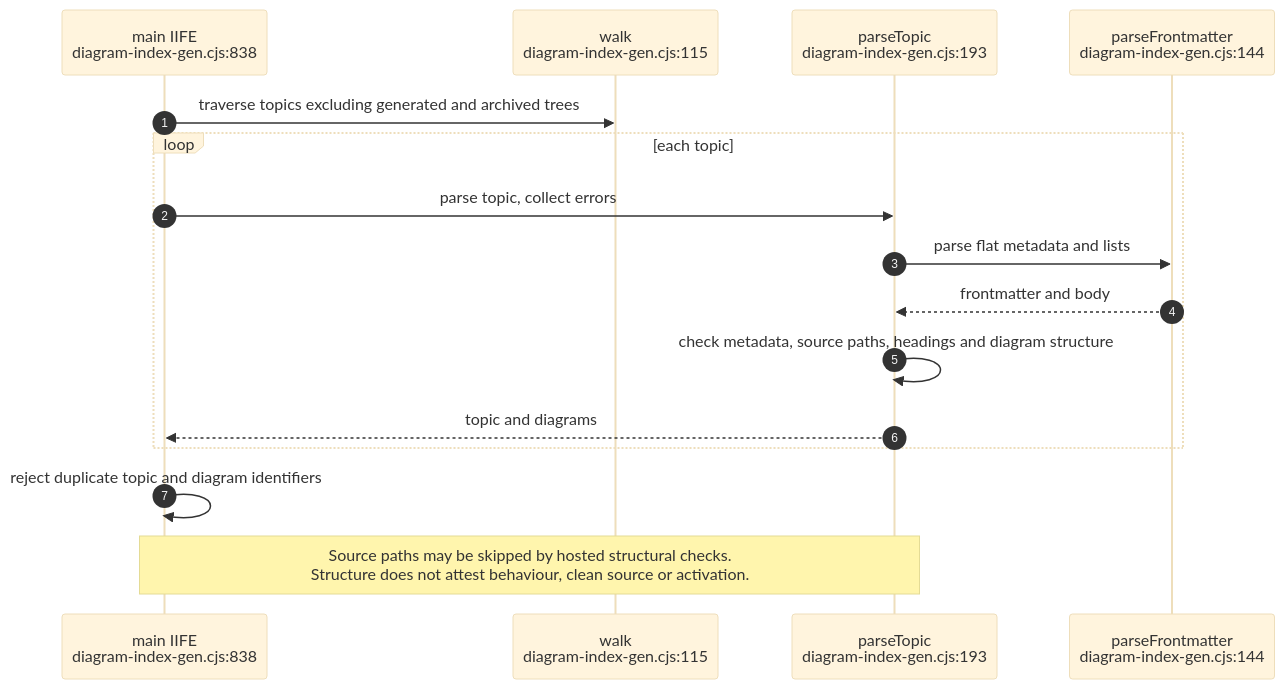
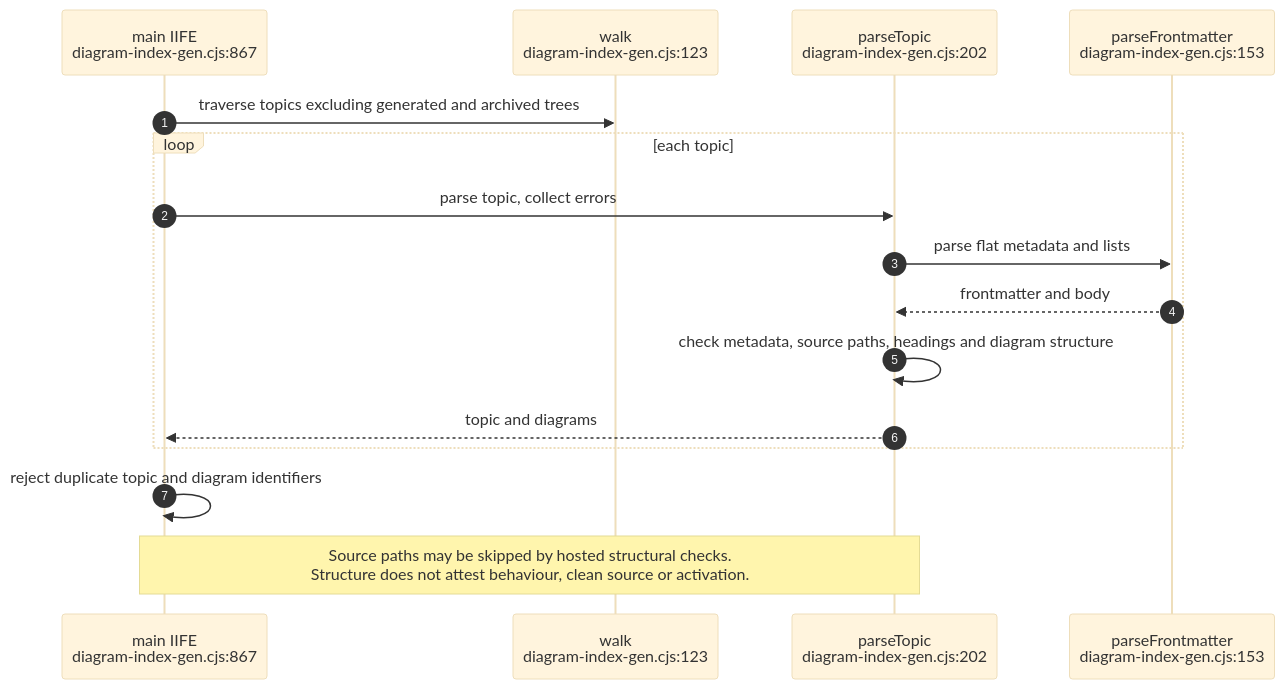
The eighth of 15 diagrams in docs/diagrams/visionflow/06-diagram-tooling.md (DreamLab-AI/VisionFlow), drawn with Mermaid (base theme) before and after one commit. The commit also changed other lines of this file and 49 other files, not shown here.

First line of the commit message:
docs(diagrams): re-derive and re-stamp VisionClaw, estate, knowledge-graph, visionGraph, VisionFlow and sidestr topics

````diff
--- a/docs/diagrams/visionflow/06-diagram-tooling.md
+++ b/docs/diagrams/visionflow/06-diagram-tooling.md
@@ -272,18 +272,18 @@
 ```mermaid
 sequenceDiagram
     autonumber
-    participant CLI as main IIFE<br/>diagram-index-gen.cjs:838
-    participant W as walk<br/>diagram-index-gen.cjs:115
-    participant P as parseTopic<br/>diagram-index-gen.cjs:193
-    participant F as parseFrontmatter<br/>diagram-index-gen.cjs:144
+    participant CLI as main IIFE<br/>diagram-index-gen.cjs:867
+    participant W as walk<br/>diagram-index-gen.cjs:123
+    participant P as parseTopic<br/>diagram-index-gen.cjs:202
+    participant F as parseFrontmatter<br/>diagram-index-gen.cjs:153
     CLI->>W: traverse topics excluding generated and archived trees
     loop each topic
         CLI->>P: parse topic, collect errors
         P->>F: parse flat metadata and lists
         F-->>P: frontmatter and body
         P->>P: check metadata, source paths, headings and diagram structure
         P-->>CLI: topic and diagrams
     end
     CLI->>CLI: reject duplicate topic and diagram identifiers
     Note over CLI,P: Source paths may be skipped by hosted structural checks.<br/>Structure does not attest behaviour, clean source or activation.
 ```
````
